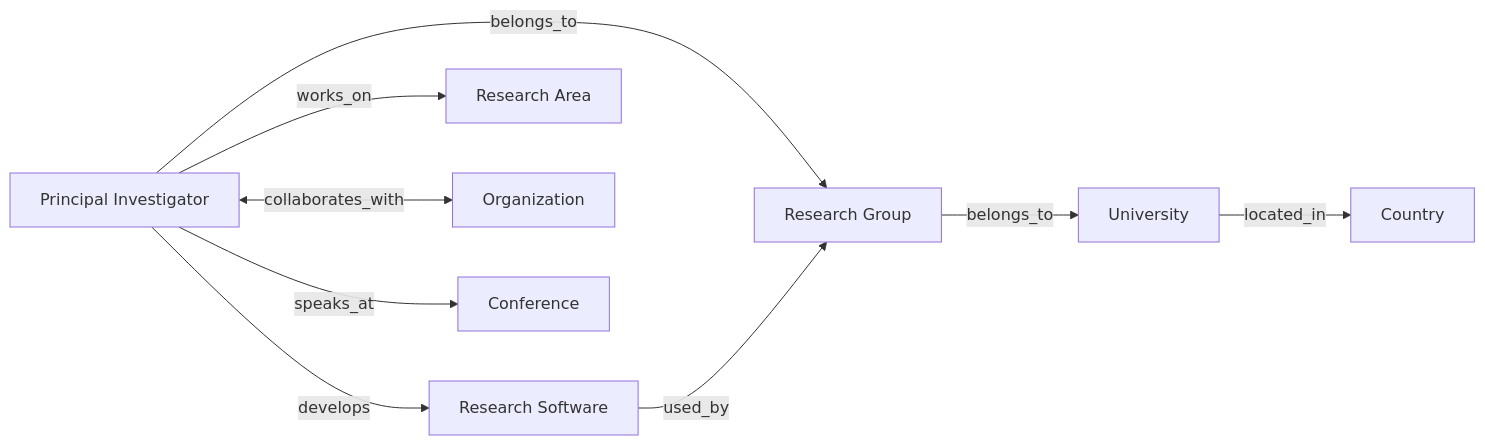
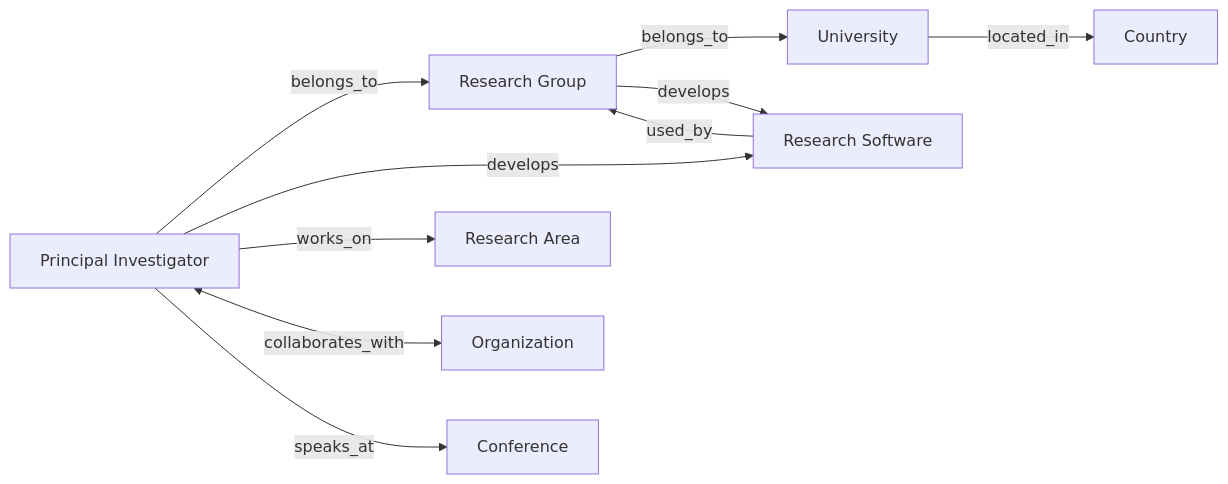
One commit to akin-oz/research-landscape changed the first of 2 diagrams in docs/architecture/relationships.md. Above: the diagram before and after it, drawn with Mermaid. The commit also changed other lines of this file and 26 other files, not shown here.

````diff
--- a/docs/architecture/relationships.md
+++ b/docs/architecture/relationships.md
@@ -115,20 +116,21 @@
 ```mermaid
 flowchart LR
   PI[Principal Investigator]
   RG[Research Group]
   U[University]
   C[Country]
   SW[Research Software]
   RA[Research Area]
   ORG[Organization]
   CONF[Conference]
 
   PI -->|belongs_to| RG
   RG -->|belongs_to| U
   U -->|located_in| C
   PI -->|develops| SW
+  RG -->|develops| SW
   PI -->|works_on| RA
   PI <-->|collaborates_with| ORG
   PI -->|speaks_at| CONF
   SW -->|used_by| RG
 ```
````
